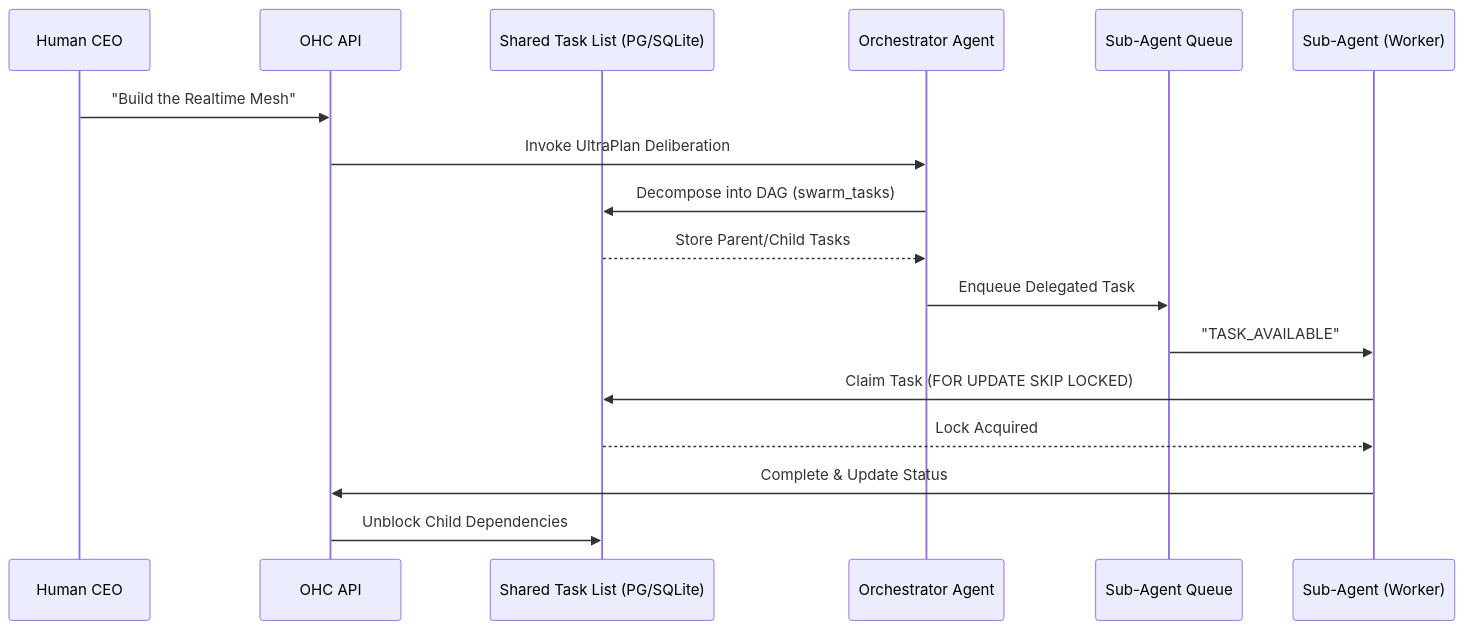
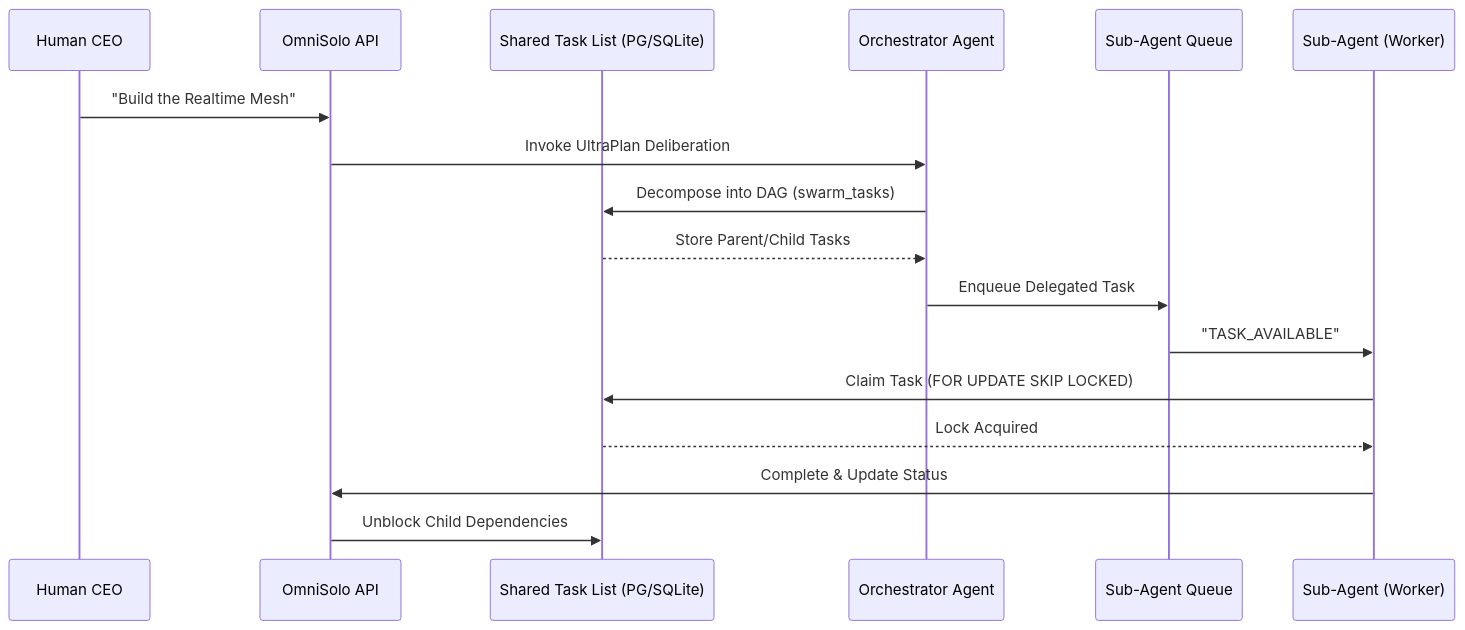
Before and after one commit to omnisolo-llc/onehumancorp: the diagram in docs/technical/orchestration/orchestrator-design.md, drawn with Mermaid. The commit also changed other lines of this file and 2191 other files, not shown here.

Commit message:
feat: complete OmniSolo rename and browser audit

````diff
--- a/docs/technical/orchestration/orchestrator-design.md
+++ b/docs/technical/orchestration/orchestrator-design.md
@@ -46,20 +46,20 @@
 ```mermaid
 sequenceDiagram
     participant CEO as Human CEO
-    participant API as OHC API
+    participant API as OmniSolo API
     participant DB as Shared Task List (PG/SQLite)
     participant Planner as Orchestrator Agent
     participant Queue as Sub-Agent Queue
     participant Worker as Sub-Agent (Worker)
 
     CEO->>API: "Build the Realtime Mesh"
     API->>Planner: Invoke UltraPlan Deliberation
     Planner->>DB: Decompose into DAG (swarm_tasks)
     DB-->>Planner: Store Parent/Child Tasks
     Planner->>Queue: Enqueue Delegated Task
     Queue->>Worker: "TASK_AVAILABLE"
     Worker->>DB: Claim Task (FOR UPDATE SKIP LOCKED)
     DB-->>Worker: Lock Acquired
     Worker->>API: Complete & Update Status
     API->>DB: Unblock Child Dependencies
 ```
````
